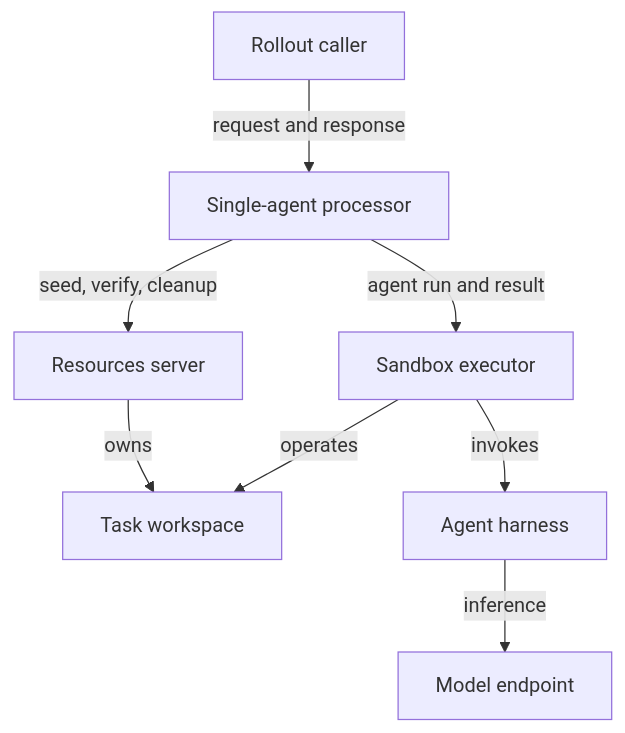
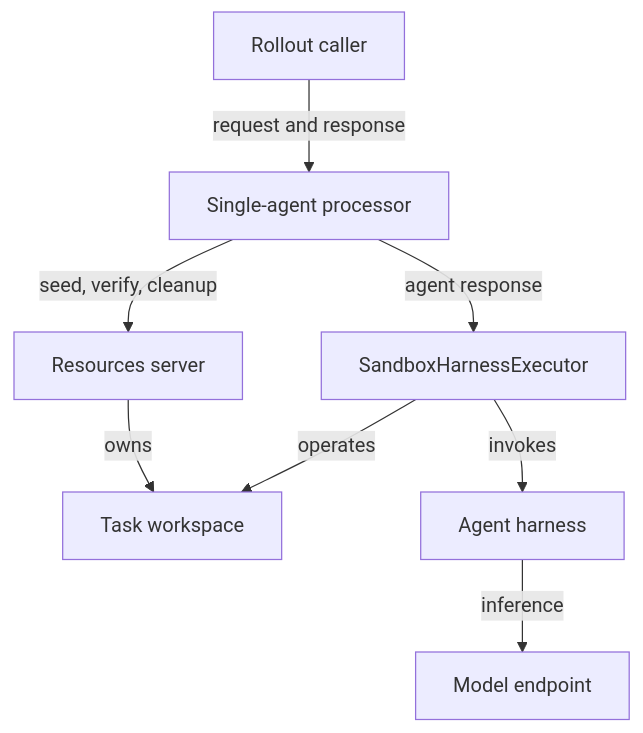
One commit to ananthsub/Gym changed the first of 4 diagrams in investigations/episode-orchestration-design.md. Above: the diagram before and after it, drawn with Mermaid. The commit also changed other lines of this file and 3 other files, not shown here.

First line of the commit message:
docs(investigations): resolve episode architecture review

````diff
--- a/investigations/episode-orchestration-design.md
+++ b/investigations/episode-orchestration-design.md
@@ -132,10 +129,10 @@
 ```mermaid
 flowchart TB
     C[Rollout caller] -->|request and response| P[Single-agent processor]
     P -->|seed, verify, cleanup| R[Resources server]
     R -->|owns| TW[Task workspace]
-    P -->|agent run and result| X[Sandbox executor]
+    P -->|agent response| X[SandboxHarnessExecutor]
     X -->|invokes| H[Agent harness]
     H -->|inference| M[Model endpoint]
     X -->|operates| TW
 ```
````
